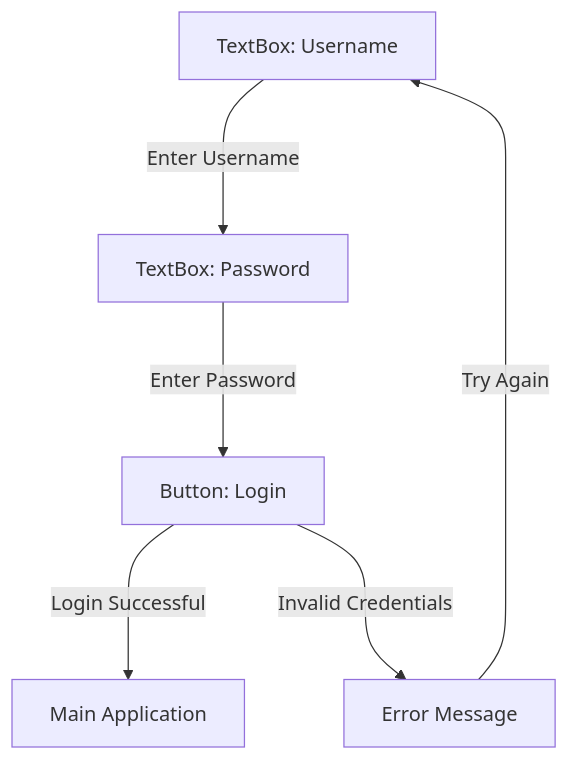
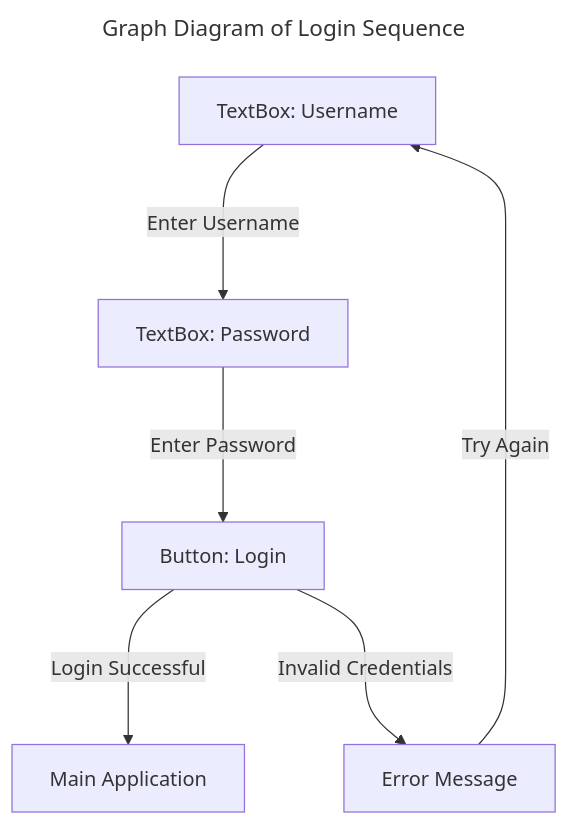
Before and after one commit to anrichp/Computing-Project-2024: the fifth of 6 diagrams in README.md, drawn with Mermaid. The commit also changed other lines of this file, not shown here.

Commit message:
add titles to all diagrams

````diff
--- a/README.md
+++ b/README.md
@@ -115,8 +121,11 @@
 ```mermaid
+---
+title: Graph Diagram of Login Sequence
+---
 graph TD
     A[TextBox: Username] ---> | Enter Username | B[TextBox: Password]
     B ---> | Enter Password | C[Button: Login]
     C ---> | Login Successful | D[Main Application]
     C ---> | Invalid Credentials | E[Error Message]
     E ---> | Try Again | A
 ```
````
